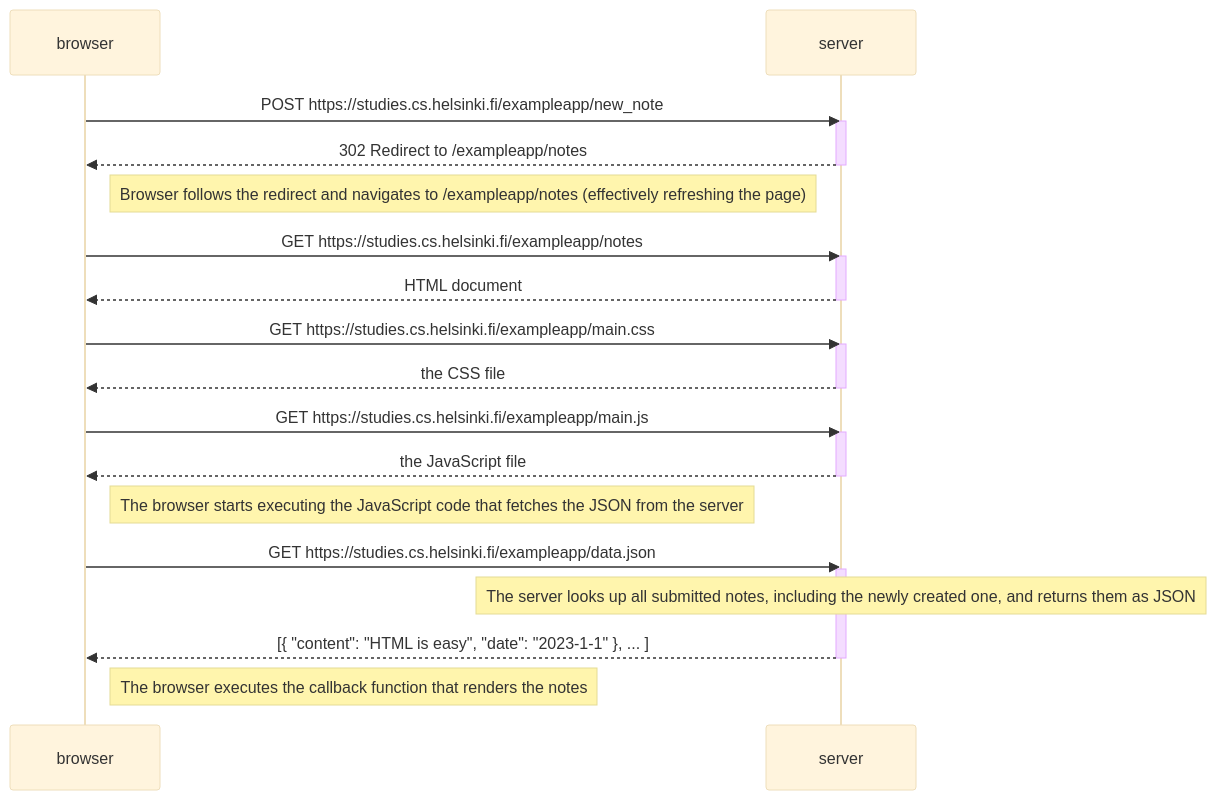
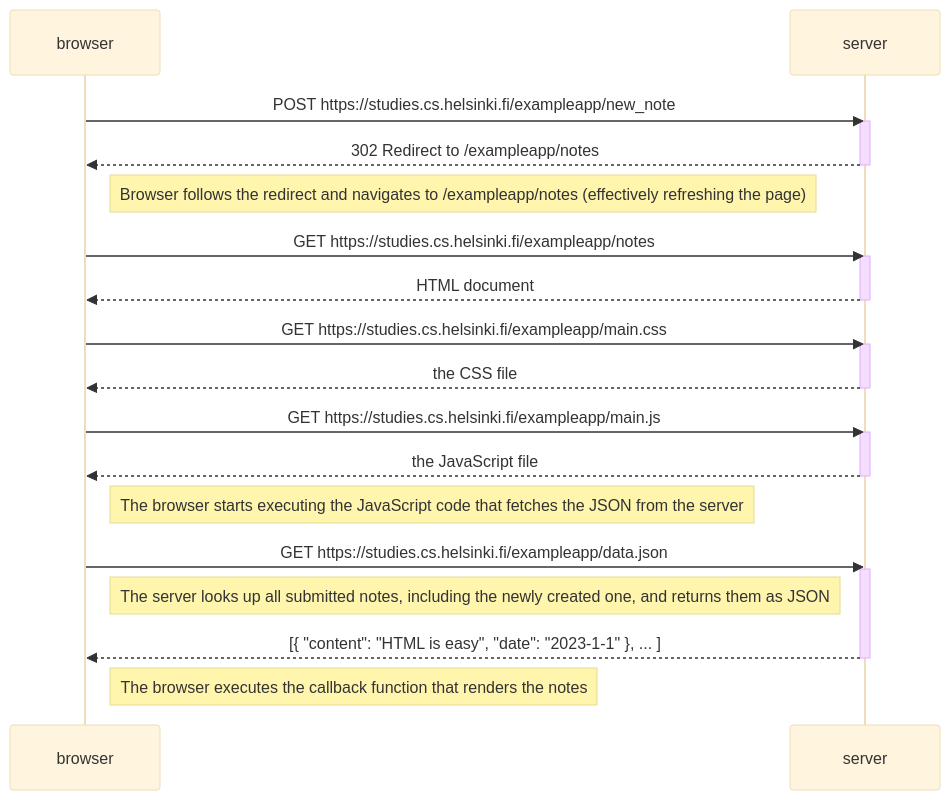
The first of 3 diagrams in part0/README.md (chenseanxy/full-stack-open), drawn with Mermaid (base theme) before and after one commit. The commit also changed other lines of this file, not shown here.

````diff
--- a/part0/README.md
+++ b/part0/README.md
@@ -5,37 +5,37 @@
 ```mermaid
 sequenceDiagram
     participant browser
     participant server
 
     browser->>server: POST https://studies.cs.helsinki.fi/exampleapp/new_note
     activate server
     server-->>browser: 302 Redirect to /exampleapp/notes
     deactivate server
 
     Note right of browser: Browser follows the redirect and navigates to /exampleapp/notes (effectively refreshing the page)
 
     browser->>server: GET https://studies.cs.helsinki.fi/exampleapp/notes
     activate server
     server-->>browser: HTML document
     deactivate server
 
     browser->>server: GET https://studies.cs.helsinki.fi/exampleapp/main.css
     activate server
     server-->>browser: the CSS file
     deactivate server
 
     browser->>server: GET https://studies.cs.helsinki.fi/exampleapp/main.js
     activate server
     server-->>browser: the JavaScript file
     deactivate server
 
     Note right of browser: The browser starts executing the JavaScript code that fetches the JSON from the server
 
     browser->>server: GET https://studies.cs.helsinki.fi/exampleapp/data.json
     activate server
-    note over server: The server looks up all submitted notes, including the newly created one, and returns them as JSON
+    note left of server: The server looks up all submitted notes, including the newly created one, and returns them as JSON
     server-->>browser: [{ "content": "HTML is easy", "date": "2023-1-1" }, ... ]
     deactivate server
 
     Note right of browser: The browser executes the callback function that renders the notes
 ```
````
